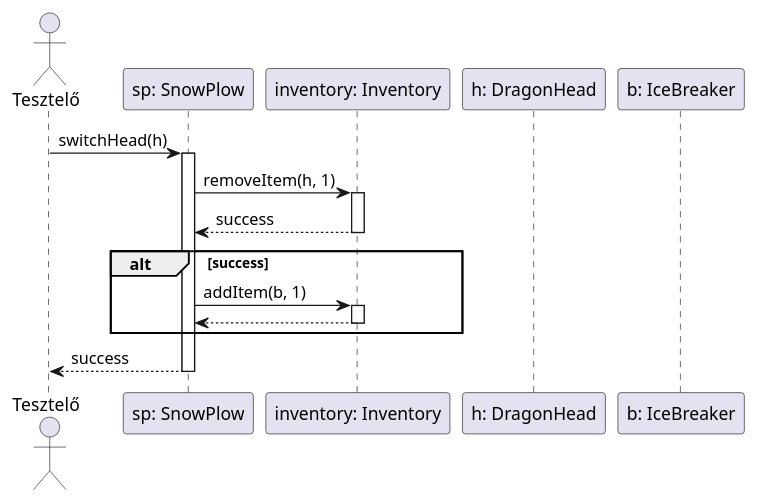
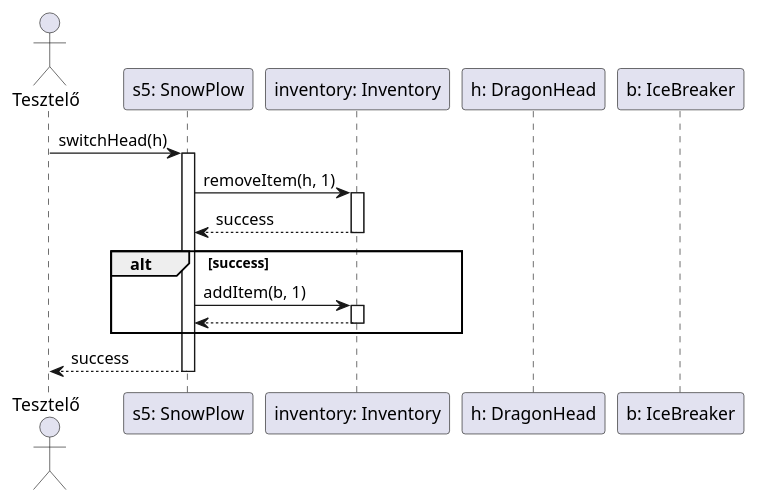
One commit to uhrinandor/spring changed the diagram in docs/skeleton-v2/snowplow/SwitchHead.plantuml. Above: the diagram before and after it, drawn with PlantUML.

Commit message:
switchhead

```diff
--- a/docs/skeleton-v2/snowplow/SwitchHead.plantuml
+++ b/docs/skeleton-v2/snowplow/SwitchHead.plantuml
@@ -1,24 +1,24 @@
 @startuml switchhead
 actor "Tesztelő" as tester
-participant "sp: SnowPlow" as sp
+participant "s5: SnowPlow" as sp
 participant "inventory: Inventory" as inventory
 participant "h: DragonHead" as head
 participant "b: IceBreaker" as currentHead
 
 tester -> sp: switchHead(h)
 activate sp
 sp -> inventory: removeItem(h, 1)
 activate inventory
 'Skeleton.askInt("Hány elem van az inventory-ban?")
 inventory --> sp: success
 deactivate inventory
 alt success
 sp -> inventory: addItem(b, 1)
 activate inventory
 inventory --> sp:
 deactivate inventory
 end
 sp --> tester: success
 deactivate sp
 
 @enduml
```
